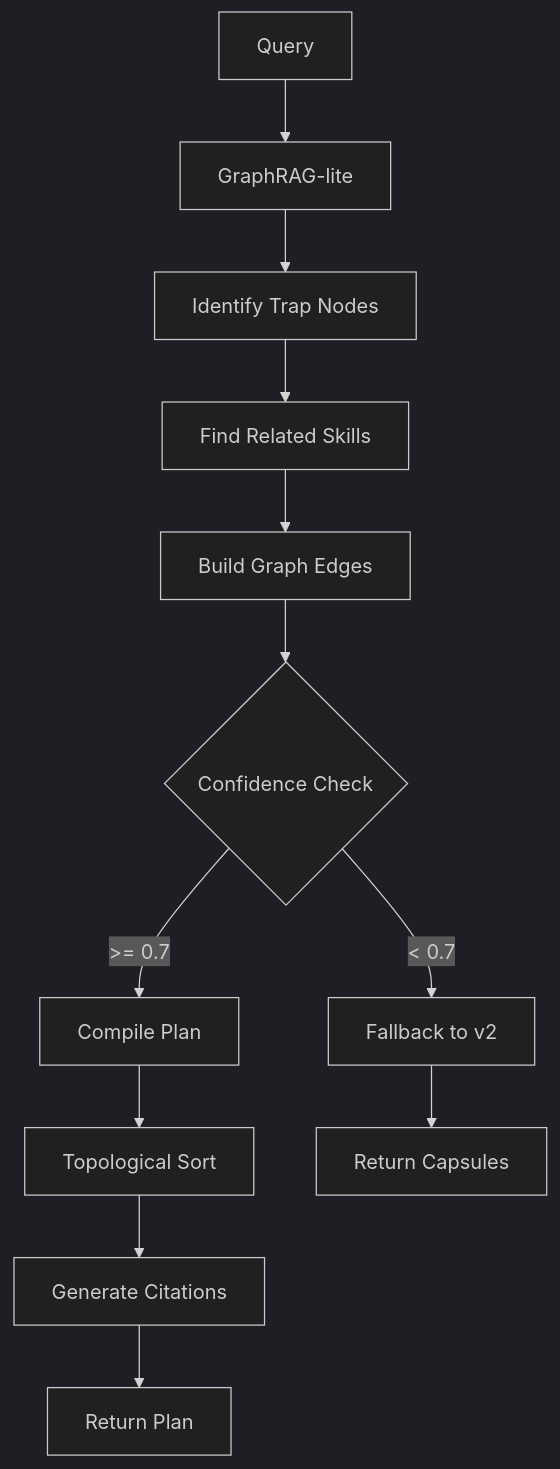
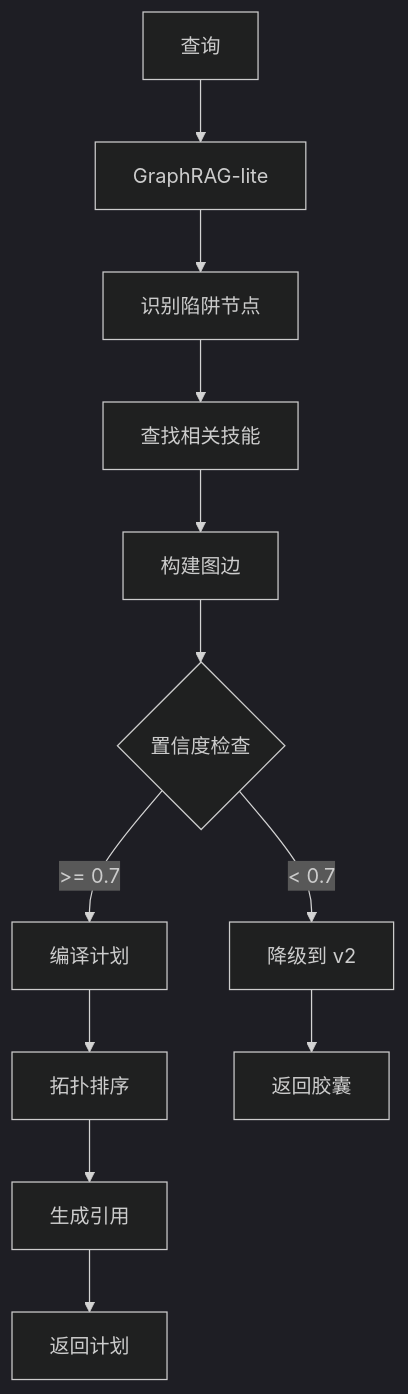
Before and after one commit to pofossette/TrapMap-for-vibing: the third of 8 diagrams in docs/architecture/components/RETRIEVAL.md, drawn with Mermaid (dark theme). The commit also changed other lines of this file and 11 other files, not shown here.

First line of the commit message:
docs: 转换 ASCII 框图为 Mermaid flowchart tb + subgraph，翻译已有 Mermaid 图表为简体中文

````diff
--- a/docs/architecture/components/RETRIEVAL.md
+++ b/docs/architecture/components/RETRIEVAL.md
@@ -63,17 +63,17 @@
 ```mermaid
 flowchart TD
-    A[Query] --> B[GraphRAG-lite]
-    B --> C[Identify Trap Nodes]
-    C --> D[Find Related Skills]
-    D --> E[Build Graph Edges]
-    E --> F{Confidence Check}
+    A[查询] --> B[GraphRAG-lite]
+    B --> C[识别陷阱节点]
+    C --> D[查找相关技能]
+    D --> E[构建图边]
+    E --> F{置信度检查}
 
-    F -->|>= 0.7| G[Compile Plan]
-    F -->|< 0.7| H[Fallback to v2]
+    F -->|>= 0.7| G[编译计划]
+    F -->|< 0.7| H[降级到 v2]
 
-    G --> I[Topological Sort]
-    I --> J[Generate Citations]
-    J --> K[Return Plan]
+    G --> I[拓扑排序]
+    I --> J[生成引用]
+    J --> K[返回计划]
 
-    H --> L[Return Capsules]
+    H --> L[返回胶囊]
 ```
````
